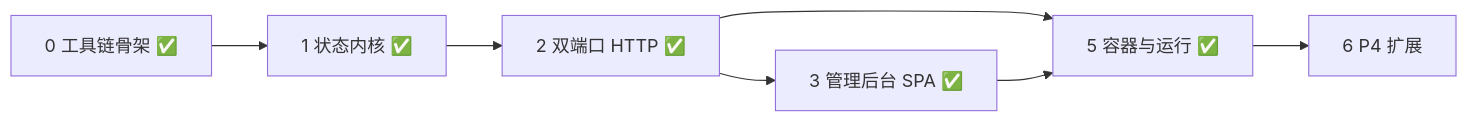
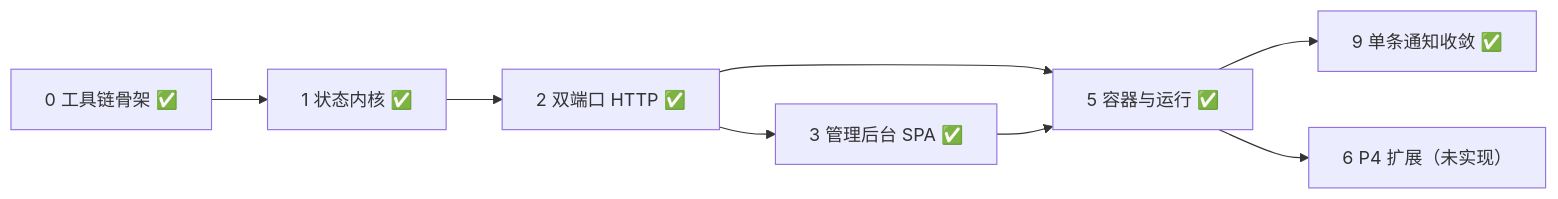
One commit to webmonitor/mocksite changed the diagram in plan/README.md. Above: the diagram before and after it, drawn with Mermaid. The commit also changed other lines of this file and 6 other files, not shown here.

````diff
--- a/plan/README.md
+++ b/plan/README.md
@@ -11,9 +19,10 @@
 ```mermaid
 graph LR
   S0[0 工具链骨架 ✅] --> S1[1 状态内核 ✅]
   S1 --> S2[2 双端口 HTTP ✅]
   S2 --> S3[3 管理后台 SPA ✅]
   S2 --> S5[5 容器与运行 ✅]
   S3 --> S5
-  S5 --> S6[6 P4 扩展]
+  S5 --> S9[9 单条通知收敛 ✅]
+  S5 --> S6[6 P4 扩展（未实现）]
 ```
````
